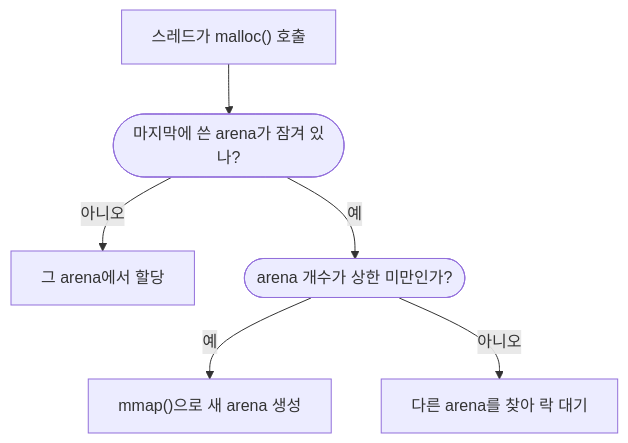
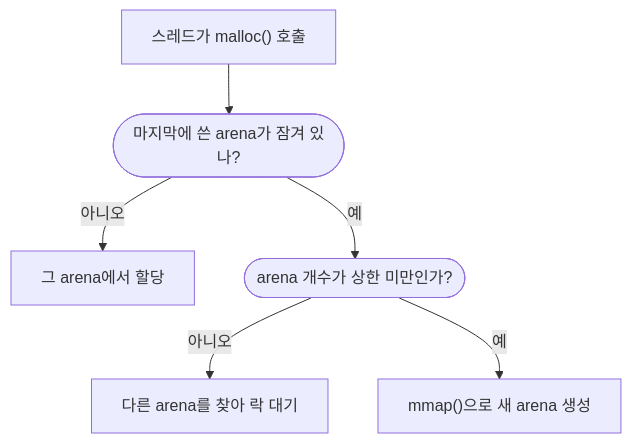
Before and after one commit to doputer/dohyeon-nextjs-mdx-blog: the fourth of 7 diagrams in contents/sharp-memory-leak-that-was-not/index.mdx, drawn with Mermaid. The commit also changed other lines of this file and 1 other file, not shown here.

Commit message:
포스트 수정 (#140)

```diff
--- a/contents/sharp-memory-leak-that-was-not/index.mdx
+++ b/contents/sharp-memory-leak-that-was-not/index.mdx
@@ -242,10 +242,10 @@
 :::mermaid
 
 flowchart TD
 A["스레드가 malloc() 호출"] --> B(["마지막에 쓴 arena가 잠겨 있나?"])
 B -->|아니오| C["그 arena에서 할당"]
 B -->|예| D(["arena 개수가 상한 미만인가?"])
-D -->|예| E["mmap()으로 새 arena 생성"]
-D -->|아니오| F["다른 arena를 찾아 락 대기"]
+D -->|아니오| E["다른 arena를 찾아 락 대기"]
+D -->|예| F["mmap()으로 새 arena 생성"]
 
 :::
```
